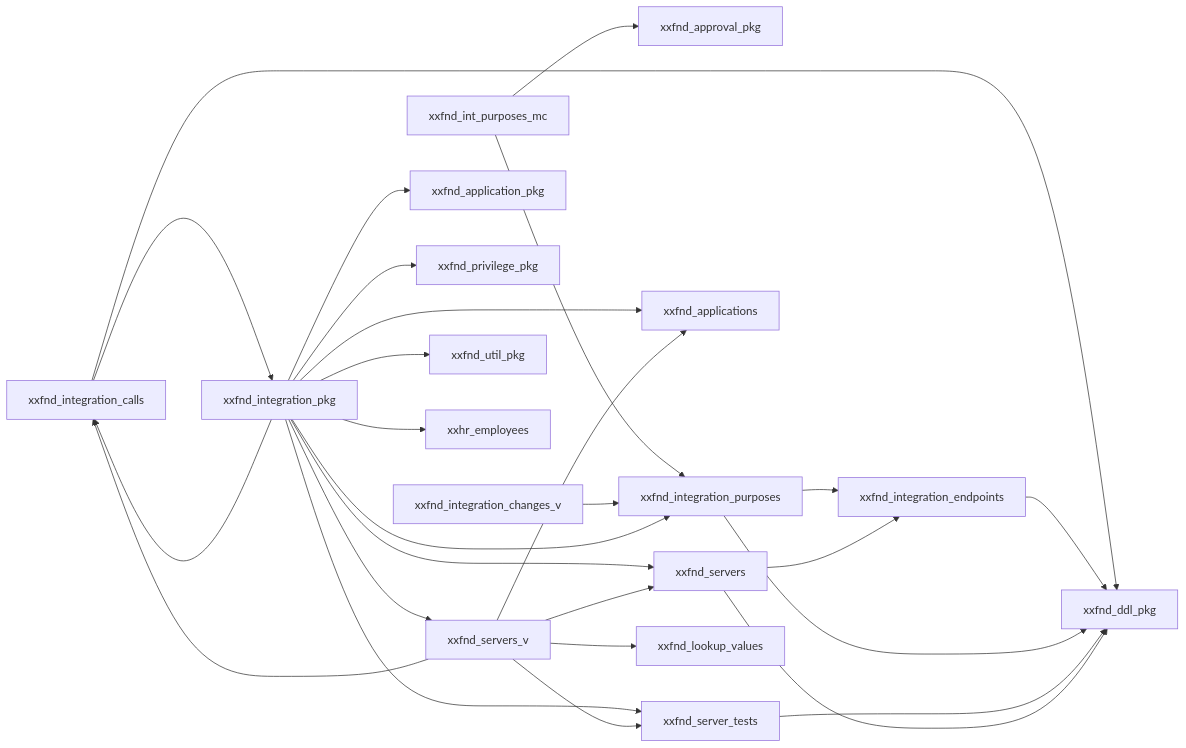
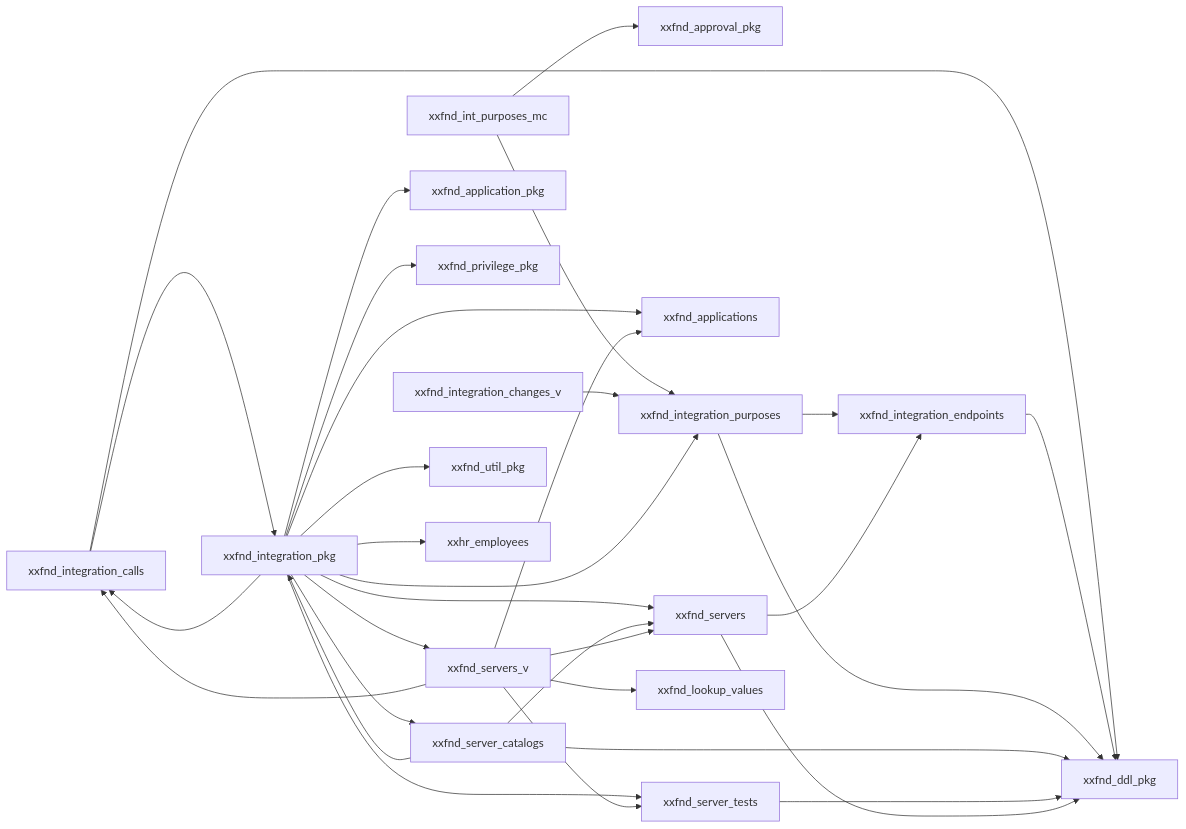
One commit to mazharr-hussain/KycReport changed the diagram in repos/common/db/deploy/diagrams/integrations.md. Above: the diagram before and after it, drawn with Mermaid. The commit also changed 391 other files, not shown here.

First line of the commit message:
COMMON 112: servers linked to APEX Remote Servers, REST Source Catalogs, Fusion Objects removed

````diff
--- a/repos/common/db/deploy/diagrams/integrations.md
+++ b/repos/common/db/deploy/diagrams/integrations.md
@@ -3,29 +3,33 @@
 ```mermaid
 graph LR
     xxfnd_int_purposes_mc --> xxfnd_approval_pkg
     xxfnd_int_purposes_mc --> xxfnd_integration_purposes
     xxfnd_integration_calls --> xxfnd_ddl_pkg
     xxfnd_integration_calls --> xxfnd_integration_pkg
     xxfnd_integration_changes_v --> xxfnd_integration_purposes
     xxfnd_integration_endpoints --> xxfnd_ddl_pkg
     xxfnd_integration_pkg --> xxfnd_application_pkg
     xxfnd_integration_pkg --> xxfnd_applications
     xxfnd_integration_pkg --> xxfnd_integration_calls
     xxfnd_integration_pkg --> xxfnd_integration_purposes
     xxfnd_integration_pkg --> xxfnd_privilege_pkg
+    xxfnd_integration_pkg --> xxfnd_server_catalogs
     xxfnd_integration_pkg --> xxfnd_server_tests
     xxfnd_integration_pkg --> xxfnd_servers
     xxfnd_integration_pkg --> xxfnd_servers_v
     xxfnd_integration_pkg --> xxfnd_util_pkg
     xxfnd_integration_pkg --> xxhr_employees
     xxfnd_integration_purposes --> xxfnd_ddl_pkg
     xxfnd_integration_purposes --> xxfnd_integration_endpoints
+    xxfnd_server_catalogs --> xxfnd_ddl_pkg
+    xxfnd_server_catalogs --> xxfnd_integration_pkg
+    xxfnd_server_catalogs --> xxfnd_servers
     xxfnd_server_tests --> xxfnd_ddl_pkg
     xxfnd_servers --> xxfnd_ddl_pkg
     xxfnd_servers --> xxfnd_integration_endpoints
     xxfnd_servers_v --> xxfnd_applications
     xxfnd_servers_v --> xxfnd_integration_calls
     xxfnd_servers_v --> xxfnd_lookup_values
     xxfnd_servers_v --> xxfnd_server_tests
     xxfnd_servers_v --> xxfnd_servers
 ```
````
